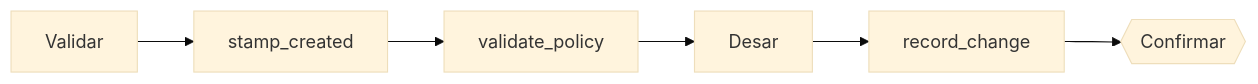
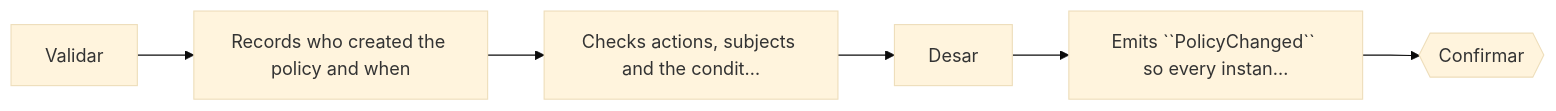
The first of 3 diagrams in examples/invoices/docs/resources/authz_policies.md (EloiSans/python-resource-engine), drawn with Mermaid (base theme) before and after one commit. The commit also changed other lines of this file and 41 other files, not shown here.

````diff
--- a/examples/invoices/docs/resources/authz_policies.md
+++ b/examples/invoices/docs/resources/authz_policies.md
@@ -55,14 +49,14 @@
 ```mermaid
 flowchart LR
     s0["Validar"]
-    s1["stamp_created"]
+    s1["Records who created the policy and when"]
     s0 --> s1
-    s2["validate_policy"]
+    s2["Checks actions, subjects and the condit…"]
     s1 --> s2
     s3["Desar"]
     s2 --> s3
-    s4["record_change"]
+    s4["Emits ``PolicyChanged`` so every instan…"]
     s3 --> s4
     s5{{"Confirmar"}}
     s4 --> s5
 ```
````
